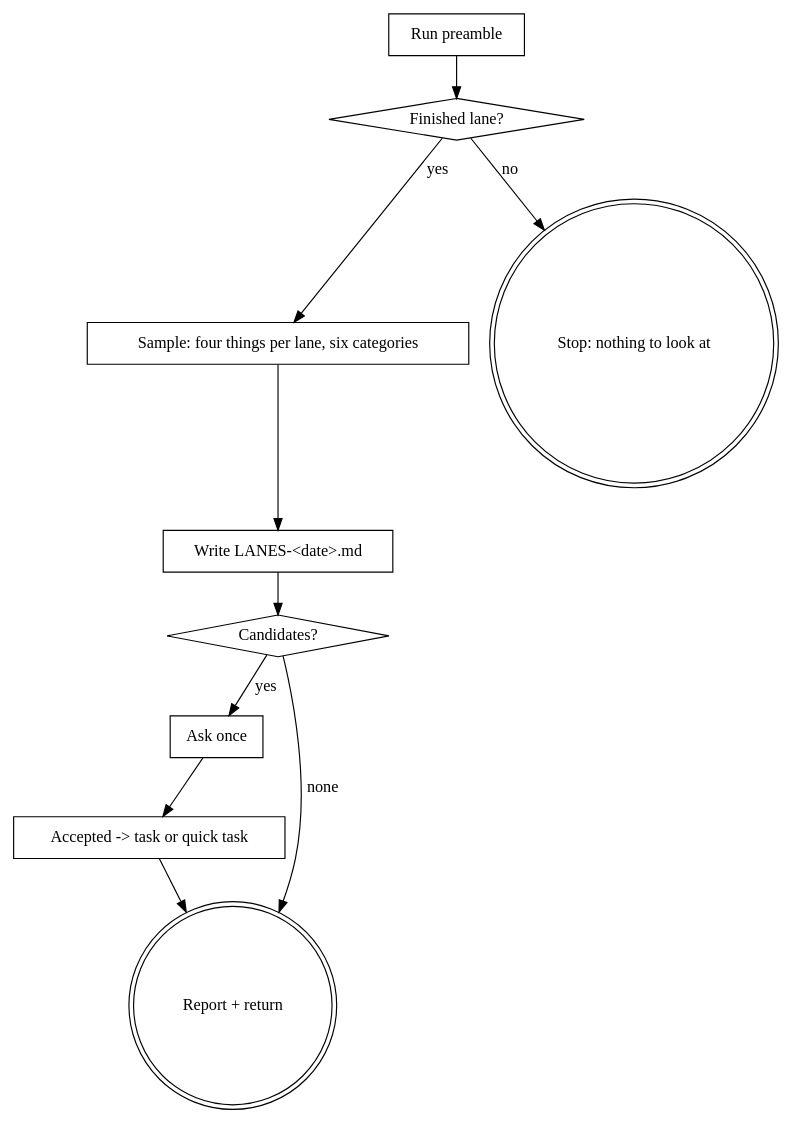
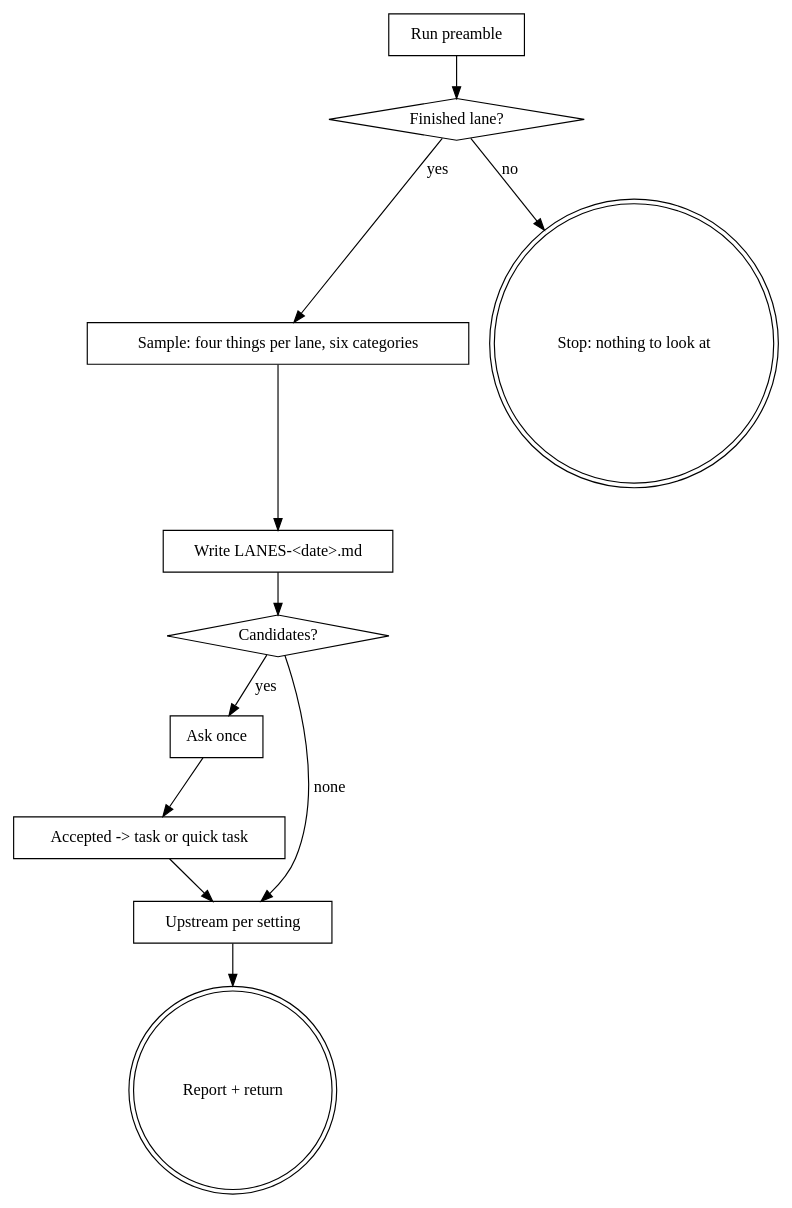
One commit to Yesterday-AI/ytstack changed the diagram in skills/lane-retro/SKILL.md. Above: the diagram before and after it, drawn with Graphviz. The commit also changed other lines of this file and 88 other files, not shown here.

````diff
--- a/skills/lane-retro/SKILL.md
+++ b/skills/lane-retro/SKILL.md
@@ -40,21 +41,23 @@
 ```dot
 digraph lane_retro {
     "Run preamble" [shape=box];
     "Finished lane?" [shape=diamond];
     "Sample: four things per lane, six categories" [shape=box];
     "Candidates?" [shape=diamond];
     "Write LANES-<date>.md" [shape=box];
     "Ask once" [shape=box];
     "Accepted -> task or quick task" [shape=box];
+    "Upstream per setting" [shape=box];
     "Stop: nothing to look at" [shape=doublecircle];
     "Report + return" [shape=doublecircle];
 
     "Run preamble" -> "Finished lane?";
     "Finished lane?" -> "Stop: nothing to look at" [label="no"];
     "Finished lane?" -> "Sample: four things per lane, six categories" [label="yes"];
     "Sample: four things per lane, six categories" -> "Write LANES-<date>.md" -> "Candidates?";
-    "Candidates?" -> "Report + return" [label="none"];
+    "Candidates?" -> "Upstream per setting" [label="none"];
     "Candidates?" -> "Ask once" [label="yes"];
-    "Ask once" -> "Accepted -> task or quick task" -> "Report + return";
+    "Ask once" -> "Accepted -> task or quick task" -> "Upstream per setting";
+    "Upstream per setting" -> "Report + return";
 }
 ```
````
